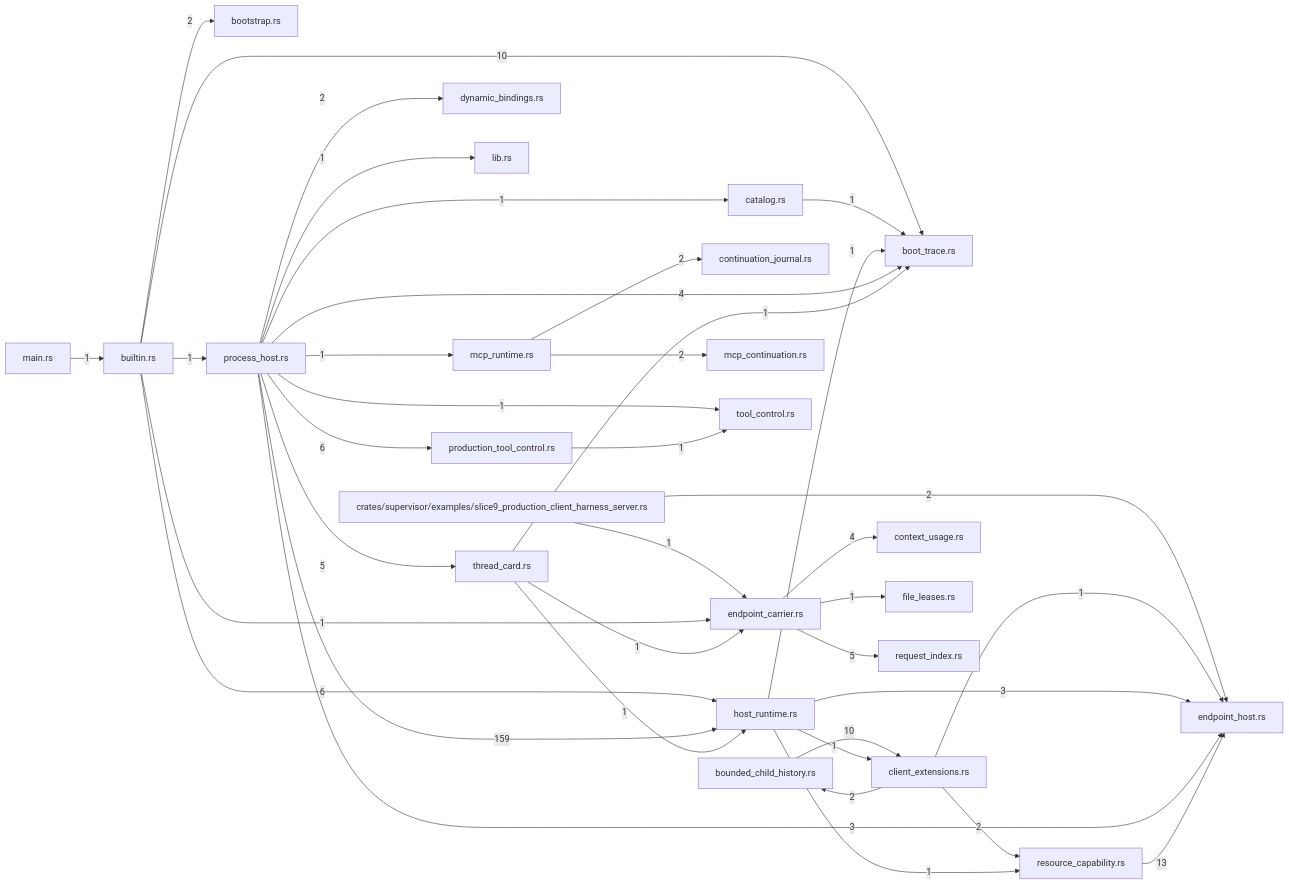
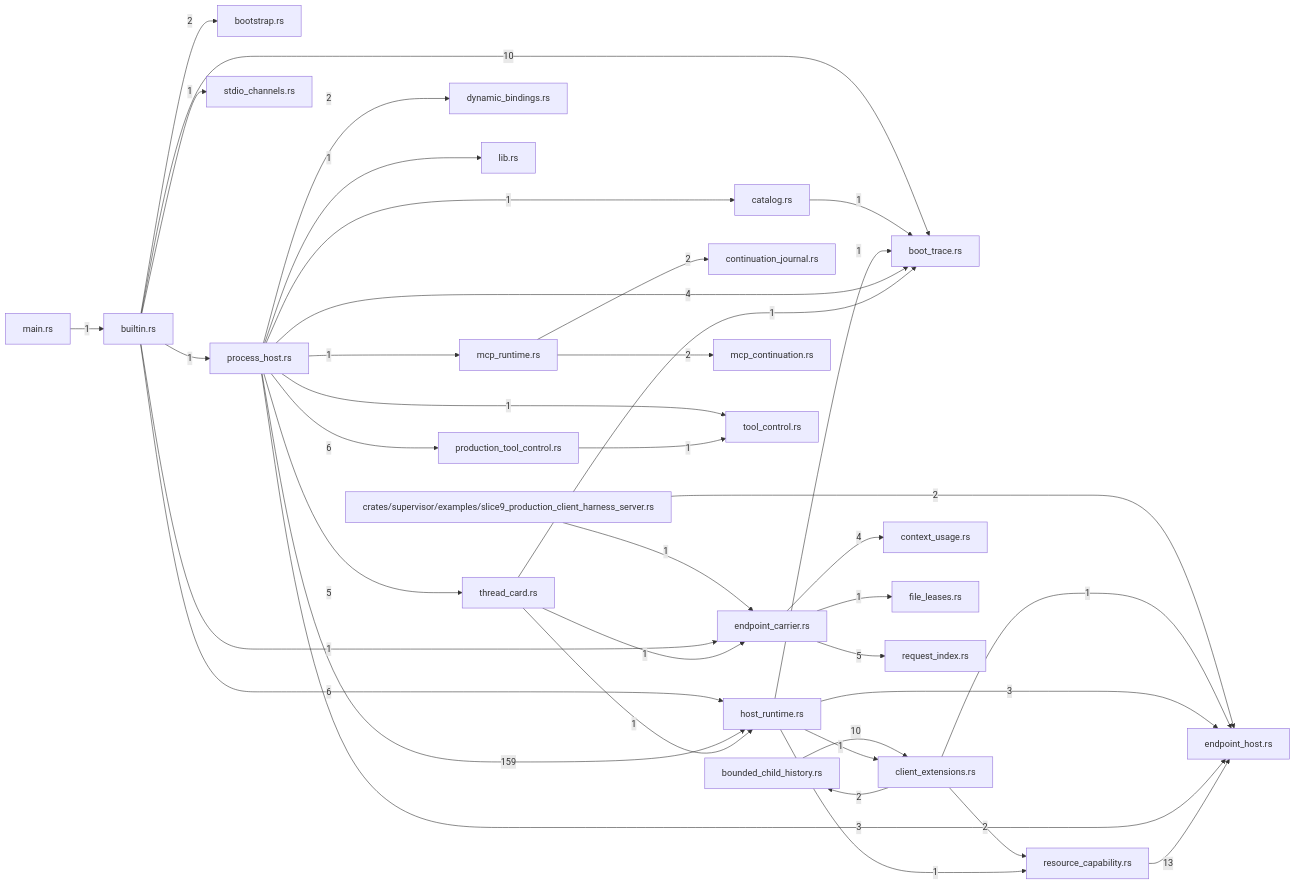
One commit to TekesApps/TekesKernel changed the diagram in crates/supervisor/docs/generated/index.md. Above: the diagram before and after it, drawn with Mermaid. The commit also changed other lines of this file and 13 other files, not shown here.

Commit message:
Regenerate architecture atlas for dynamic host channel API

````diff
--- a/crates/supervisor/docs/generated/index.md
+++ b/crates/supervisor/docs/generated/index.md
@@ -97,64 +97,66 @@
 ```mermaid
 flowchart LR
   m0["crates/supervisor/examples/slice9_production_client_harness_server.rs"]
   m1["boot_trace.rs"]
   m2["bootstrap.rs"]
   m3["bounded_child_history.rs"]
   m4["builtin.rs"]
   m5["catalog.rs"]
   m6["client_extensions.rs"]
   m7["context_usage.rs"]
   m8["continuation_journal.rs"]
   m9["dynamic_bindings.rs"]
   m10["endpoint_carrier.rs"]
   m11["endpoint_host.rs"]
   m12["file_leases.rs"]
   m13["host_runtime.rs"]
   m14["lib.rs"]
   m15["main.rs"]
   m16["mcp_continuation.rs"]
   m17["mcp_runtime.rs"]
   m18["process_host.rs"]
   m19["production_tool_control.rs"]
   m20["request_index.rs"]
   m21["resource_capability.rs"]
-  m22["thread_card.rs"]
-  m23["tool_control.rs"]
+  m22["stdio_channels.rs"]
+  m23["thread_card.rs"]
+  m24["tool_control.rs"]
   m0 -->|"1"| m10
   m0 -->|"2"| m11
   m3 -->|"10"| m6
   m4 -->|"10"| m1
   m4 -->|"2"| m2
   m4 -->|"1"| m10
   m4 -->|"6"| m13
   m4 -->|"1"| m18
+  m4 -->|"1"| m22
   m5 -->|"1"| m1
   m6 -->|"2"| m3
   m6 -->|"1"| m11
   m6 -->|"2"| m21
   m10 -->|"4"| m7
   m10 -->|"1"| m12
   m10 -->|"5"| m20
   m13 -->|"1"| m1
   m13 -->|"1"| m6
   m13 -->|"3"| m11
   m13 -->|"1"| m21
   m15 -->|"1"| m4
   m17 -->|"2"| m8
   m17 -->|"2"| m16
   m18 -->|"4"| m1
   m18 -->|"1"| m5
   m18 -->|"2"| m9
   m18 -->|"3"| m11
   m18 -->|"159"| m13
   m18 -->|"1"| m14
   m18 -->|"1"| m17
   m18 -->|"6"| m19
-  m18 -->|"5"| m22
-  m18 -->|"1"| m23
-  m19 -->|"1"| m23
+  m18 -->|"5"| m23
+  m18 -->|"1"| m24
+  m19 -->|"1"| m24
   m21 -->|"13"| m11
-  m22 -->|"1"| m1
-  m22 -->|"1"| m10
-  m22 -->|"1"| m13
+  m23 -->|"1"| m1
+  m23 -->|"1"| m10
+  m23 -->|"1"| m13
 ```
````
